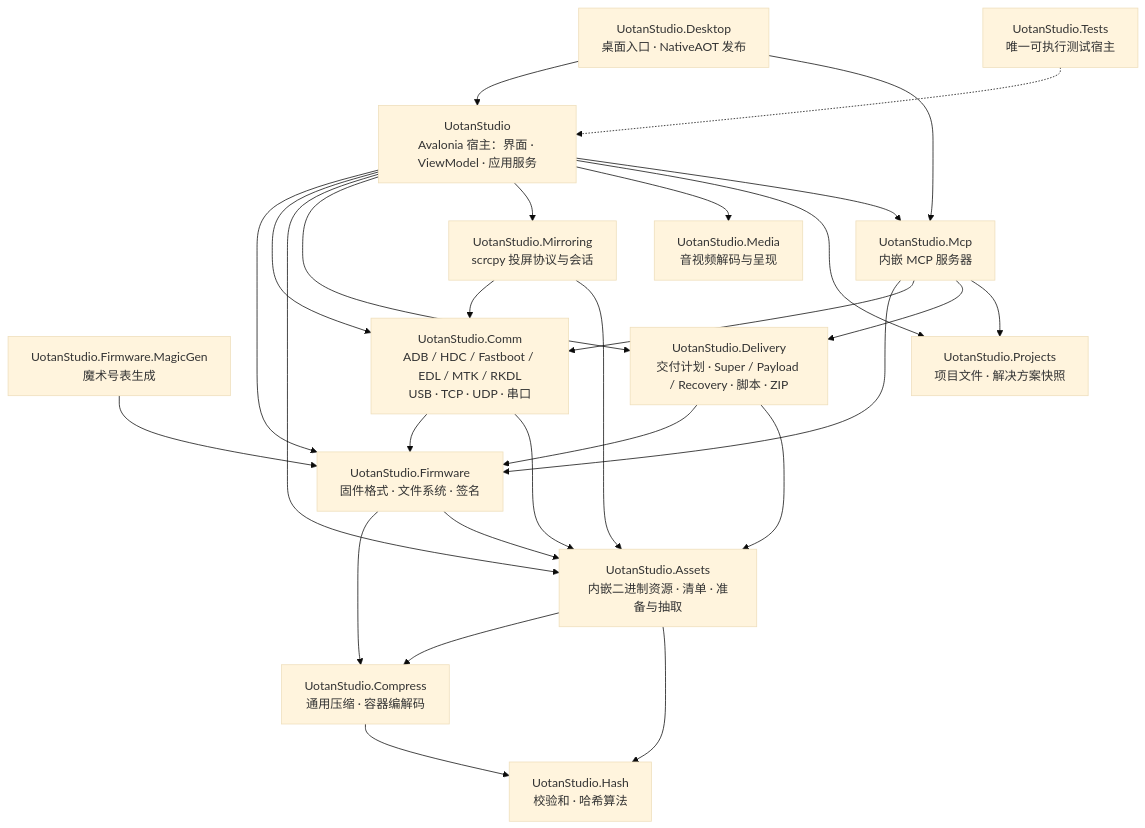
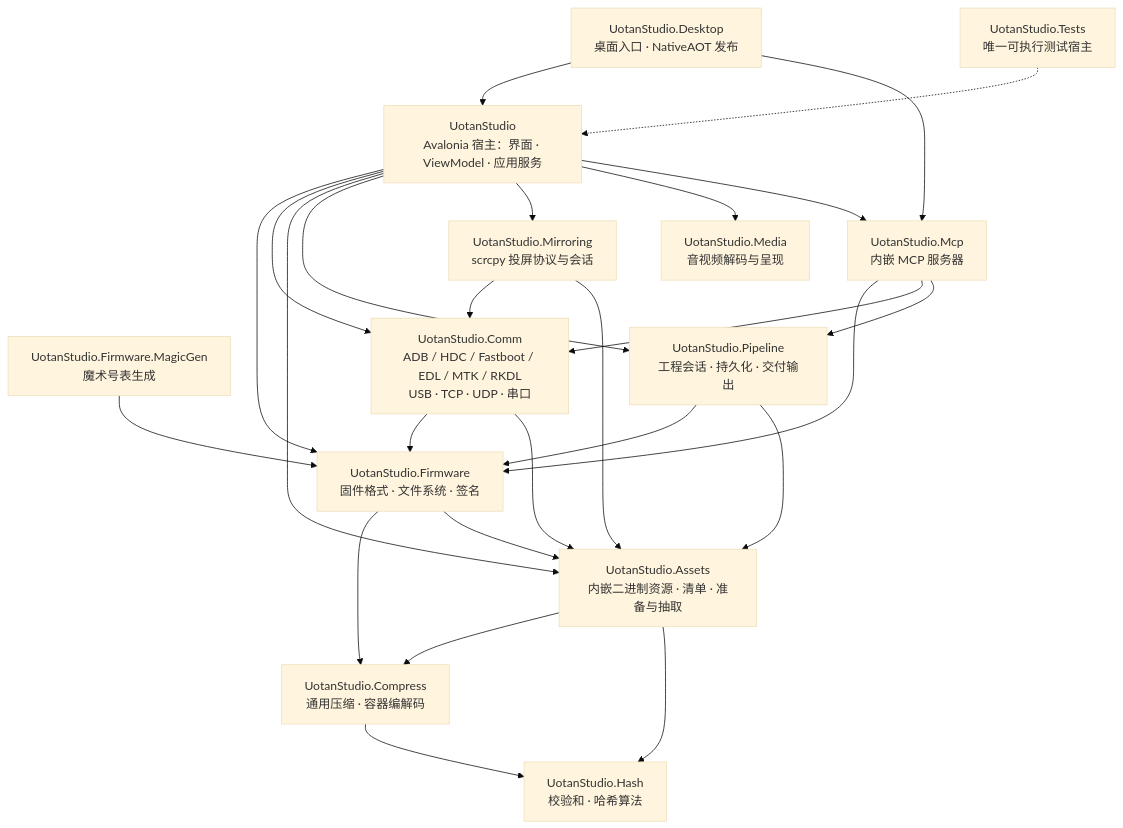
The diagram in README.md (Uotan-Dev/UotanStudio), drawn with Mermaid (base theme) before and after one commit. The commit also changed other lines of this file and 13 other files, not shown here.

First line of the commit message:
docs: merge the projects and delivery rules into UotanStudio.Pipeline

````diff
--- a/README.md
+++ b/README.md
@@ -34,45 +34,42 @@
 ```mermaid
 flowchart TD
  Hash["UotanStudio.Hash<br/>校验和 · 哈希算法"]
  Compress["UotanStudio.Compress<br/>通用压缩 · 容器编解码"]
  Assets["UotanStudio.Assets<br/>内嵌二进制资源 · 清单 · 准备与抽取"]
  Firmware["UotanStudio.Firmware<br/>固件格式 · 文件系统 · 签名"]
  MagicGen["UotanStudio.Firmware.MagicGen<br/>魔术号表生成"]
- Projects["UotanStudio.Projects<br/>项目文件 · 解决方案快照"]
+ Pipeline["UotanStudio.Pipeline<br/>工程会话 · 持久化 · 交付输出"]
  Media["UotanStudio.Media<br/>音视频解码与呈现"]
  Comm["UotanStudio.Comm<br/>ADB / HDC / Fastboot / EDL / MTK / RKDL<br/>USB · TCP · UDP · 串口"]
  Mirroring["UotanStudio.Mirroring<br/>scrcpy 投屏协议与会话"]
- Delivery["UotanStudio.Delivery<br/>交付计划 · Super / Payload / Recovery · 脚本 · ZIP"]
  Mcp["UotanStudio.Mcp<br/>内嵌 MCP 服务器"]
  Host["UotanStudio<br/>Avalonia 宿主：界面 · ViewModel · 应用服务"]
  Desktop["UotanStudio.Desktop<br/>桌面入口 · NativeAOT 发布"]
  Tests["UotanStudio.Tests<br/>唯一可执行测试宿主"]
 
  MagicGen --> Firmware
  Compress --> Hash
  Assets --> Compress
  Assets --> Hash
  Firmware --> Compress
  Firmware --> Assets
  Comm --> Firmware
  Comm --> Assets
- Delivery --> Firmware
- Delivery --> Assets
+ Pipeline --> Firmware
+ Pipeline --> Assets
  Mirroring --> Comm
  Mirroring --> Assets
  Mcp --> Firmware
  Mcp --> Comm
- Mcp --> Delivery
- Mcp --> Projects
+ Mcp --> Pipeline
  Host --> Firmware
  Host --> Comm
  Host --> Assets
- Host --> Delivery
+ Host --> Pipeline
  Host --> Mirroring
  Host --> Media
- Host --> Projects
  Host --> Mcp
  Desktop --> Host
  Desktop --> Mcp
  Tests -.-> Host
 ```
````
